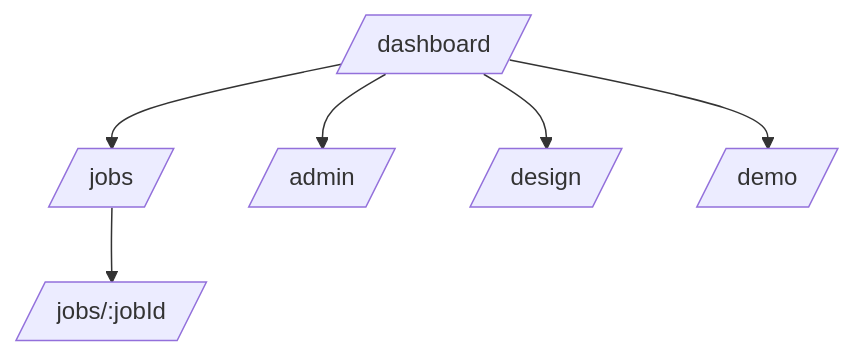
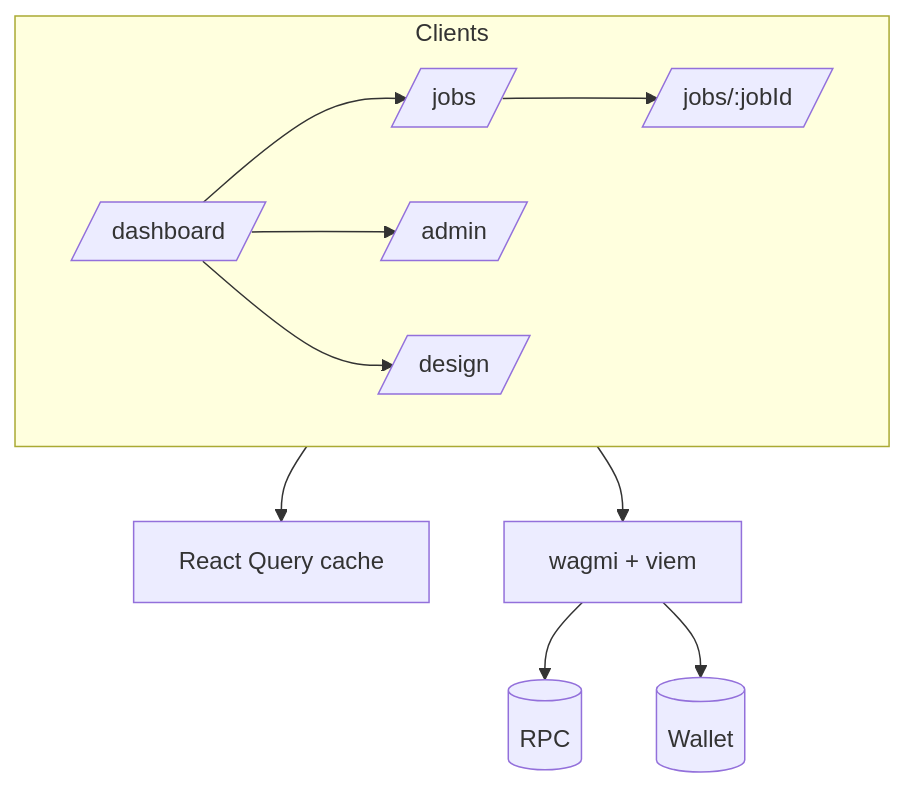
One commit to MontrealAI/AGIJobManager changed the first of 2 diagrams in docs/ui/ARCHITECTURE.md. Above: the diagram before and after it, drawn with Mermaid. The commit also changed other lines of this file and 23 other files, not shown here.

````diff
--- a/docs/ui/ARCHITECTURE.md
+++ b/docs/ui/ARCHITECTURE.md
@@ -3,8 +3,18 @@
 ```mermaid
 flowchart TD
   A[/dashboard/] --> B[/jobs/]
   B --> C[/jobs/:jobId/]
   A --> D[/admin/]
   A --> E[/design/]
-  A --> F[/demo/]
+  subgraph Clients
+    A
+    B
+    C
+    D
+    E
+  end
+  Clients --> Q[React Query cache]
+  Clients --> W[wagmi + viem]
+  W --> R[(RPC)]
+  W --> X[(Wallet)]
 ```
````
